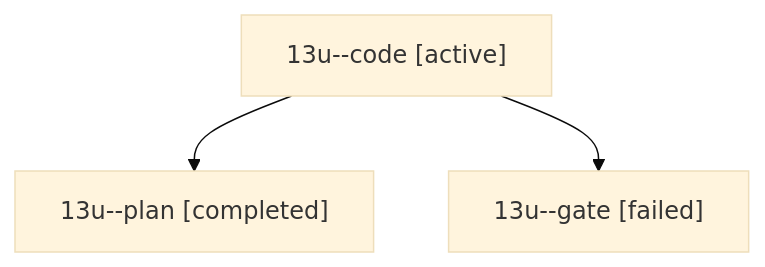
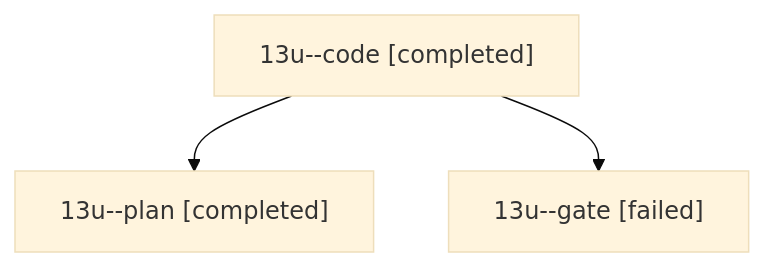
Before and after one commit to sase-org/sase--agents: the diagram in sessions/bbugyi200.athena.13u.md, drawn with Mermaid (base theme). The commit also changed other lines of this file and 6 other files, not shown here.

````diff
--- a/sessions/bbugyi200.athena.13u.md
+++ b/sessions/bbugyi200.athena.13u.md
@@ -9,8 +9,8 @@
 ```mermaid
 flowchart TD
-  n0["13u--code [active]"]
+  n0["13u--code [completed]"]
   n1["13u--plan [completed]"]
   n0 --> n1
   n2["13u--gate [failed]"]
   n0 --> n2
 ```
````
